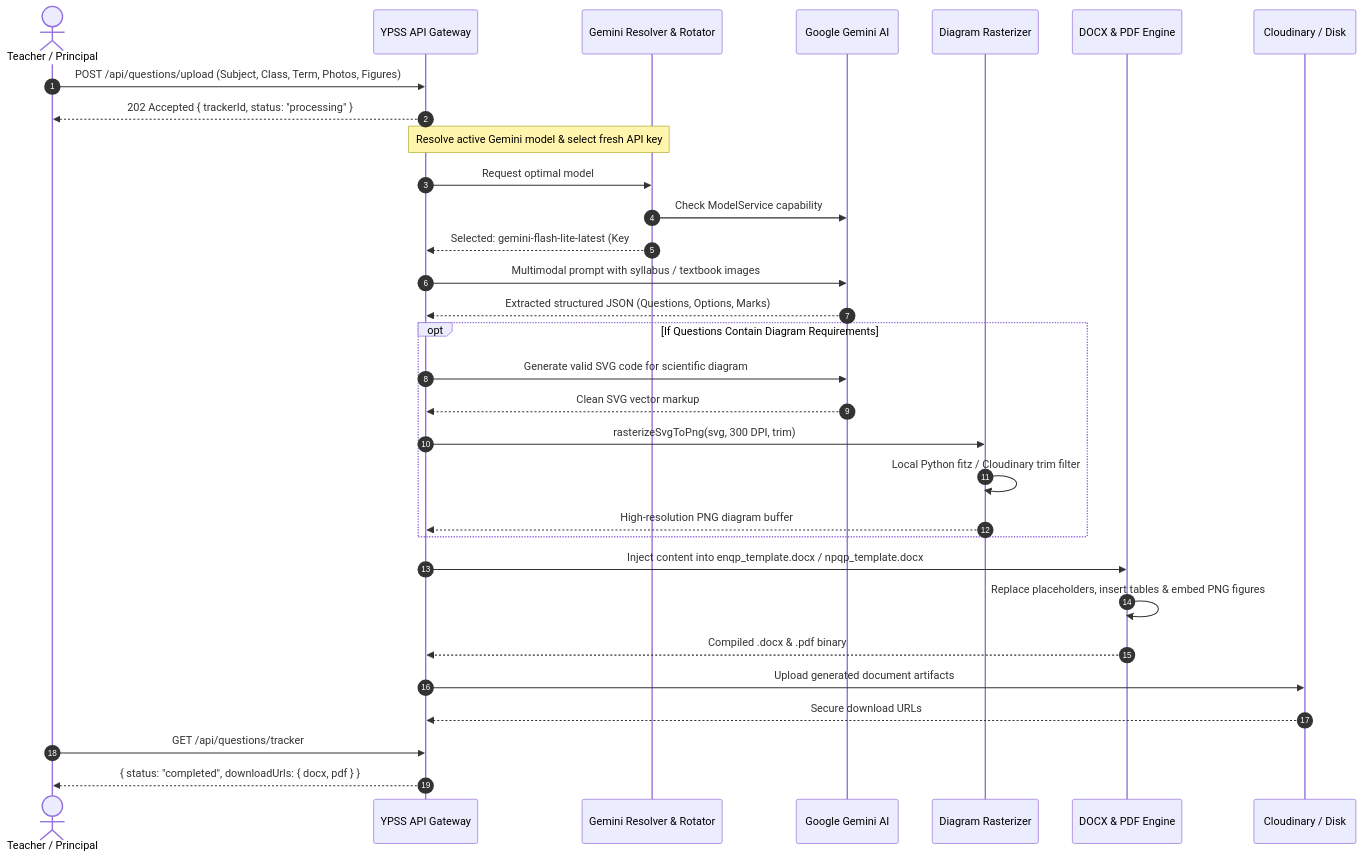
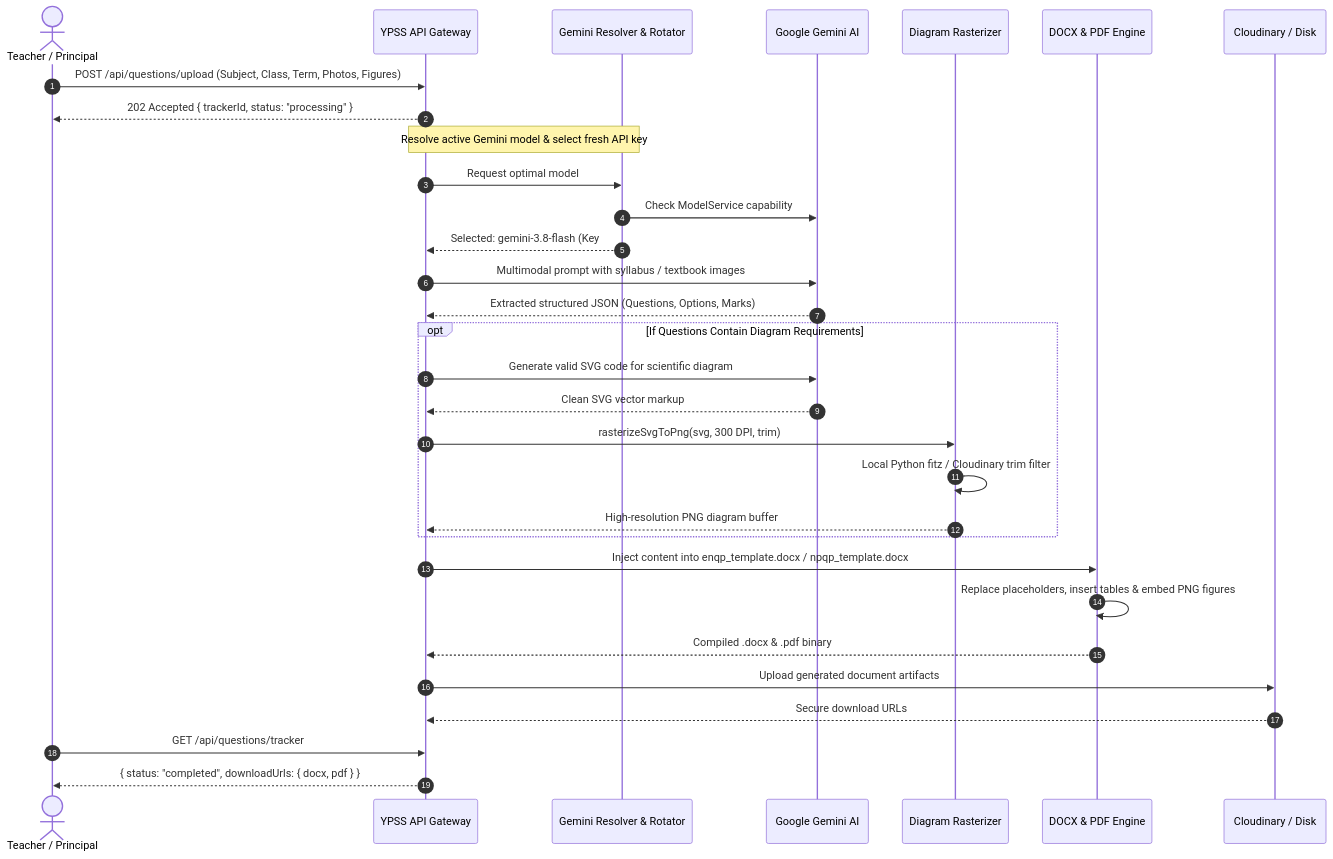
Before and after one commit to dhrub4545/YPSS: the second of 3 diagrams in README.md, drawn with Mermaid. The commit also changed other lines of this file, not shown here.

Commit message:
feat(ai): standardize across all repos on Google Gemini 3.8 Flash

````diff
--- a/README.md
+++ b/README.md
@@ -129,39 +129,39 @@
 ```mermaid
 sequenceDiagram
     autonumber
     actor Teacher as Teacher / Principal
     participant API as YPSS API Gateway
     participant Resolver as Gemini Resolver & Rotator
     participant Gemini as Google Gemini AI
     participant Diagram as Diagram Rasterizer
     participant Docx as DOCX & PDF Engine
     participant Cloud as Cloudinary / Disk
 
     Teacher->>API: POST /api/questions/upload (Subject, Class, Term, Photos, Figures)
     API-->>Teacher: 202 Accepted { trackerId, status: "processing" }
 
     Note over API,Resolver: Resolve active Gemini model & select fresh API key
     API->>Resolver: Request optimal model
     Resolver->>Gemini: Check ModelService capability
-    Resolver-->>API: Selected: gemini-flash-lite-latest (Key #1)
+    Resolver-->>API: Selected: gemini-3.8-flash (Key #1)
 
     API->>Gemini: Multimodal prompt with syllabus / textbook images
     Gemini-->>API: Extracted structured JSON (Questions, Options, Marks)
 
     opt If Questions Contain Diagram Requirements
         API->>Gemini: Generate valid SVG code for scientific diagram
         Gemini-->>API: Clean SVG vector markup
         API->>Diagram: rasterizeSvgToPng(svg, 300 DPI, trim)
         Diagram->>Diagram: Local Python fitz / Cloudinary trim filter
         Diagram-->>API: High-resolution PNG diagram buffer
     end
 
     API->>Docx: Inject content into enqp_template.docx / npqp_template.docx
     Docx->>Docx: Replace placeholders, insert tables & embed PNG figures
     Docx-->>API: Compiled .docx & .pdf binary
     API->>Cloud: Upload generated document artifacts
     Cloud-->>API: Secure download URLs
 
     Teacher->>API: GET /api/questions/tracker
     API-->>Teacher: { status: "completed", downloadUrls: { docx, pdf } }
 ```
````
